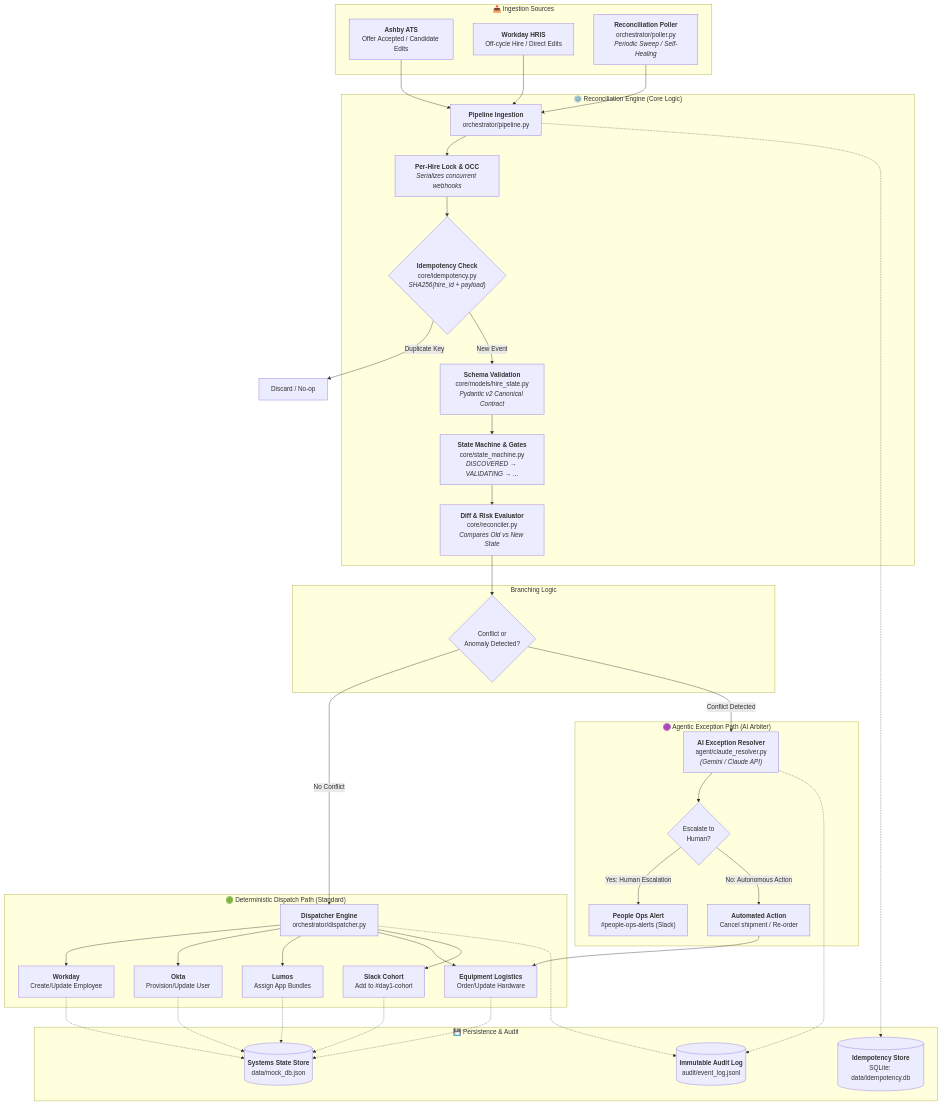
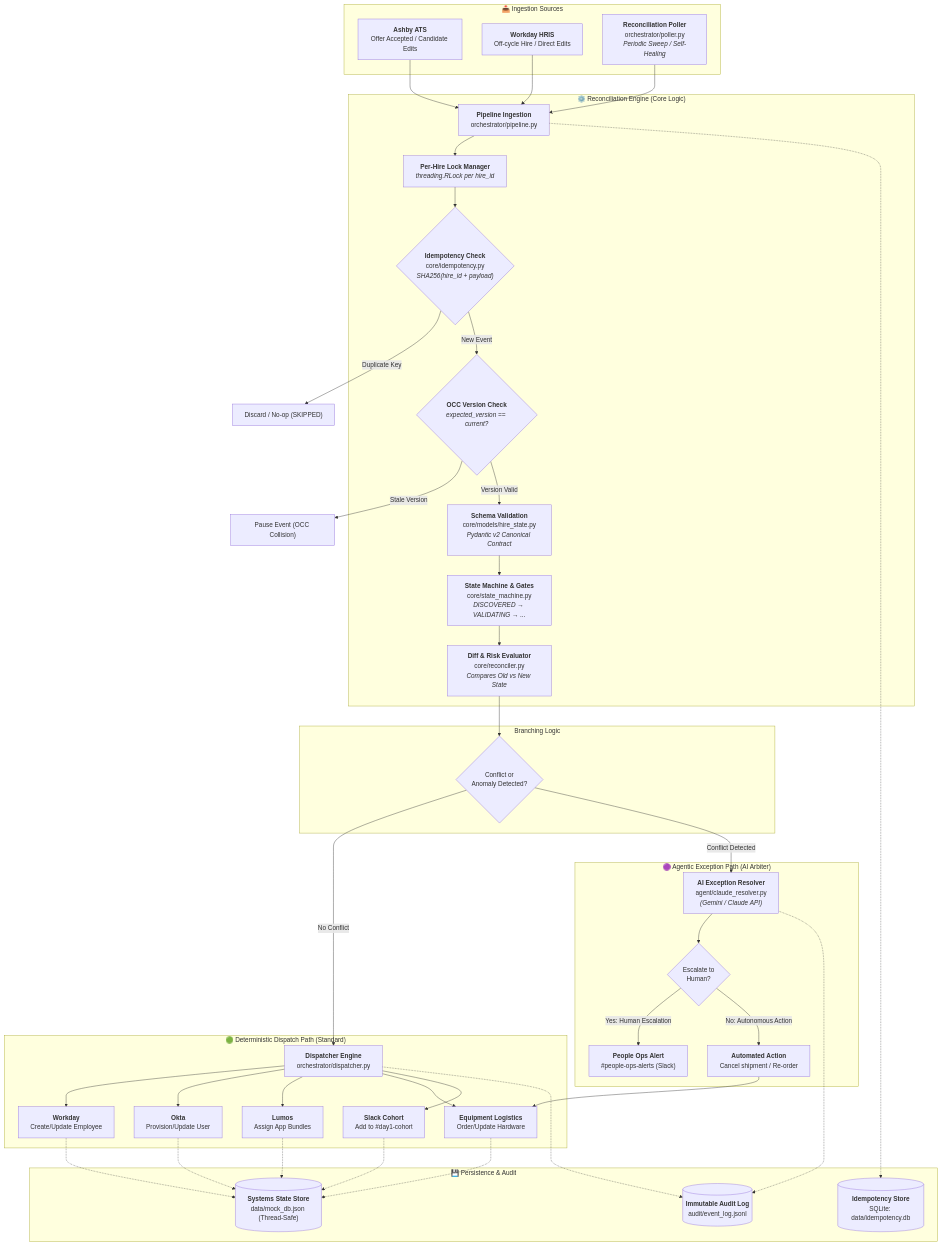
Before and after one commit to arpitb827/BetterUp-Ai-automation: the diagram in README.md, drawn with Mermaid. The commit also changed 1 other file, not shown here.

Commit message:
changes added

````diff
--- a/README.md
+++ b/README.md
@@ -25,67 +25,70 @@
 ```mermaid
 flowchart TD
     subgraph Ingestion["📥 Ingestion Sources"]
         Ashby["<b>Ashby ATS</b><br/>Offer Accepted / Candidate Edits"]
         WorkdaySrc["<b>Workday HRIS</b><br/>Off-cycle Hire / Direct Edits"]
         Poller["<b>Reconciliation Poller</b><br/>orchestrator/poller.py<br/><i>Periodic Sweep / Self-Healing</i>"]
     end
 
     subgraph Core["⚙️ Reconciliation Engine (Core Logic)"]
         Ingest["<b>Pipeline Ingestion</b><br/>orchestrator/pipeline.py"]
-        LockMgr["<b>Per-Hire Lock & OCC</b><br/><i>Serializes concurrent webhooks</i>"]
+        LockMgr["<b>Per-Hire Lock Manager</b><br/><i>threading.RLock per hire_id</i>"]
         IdemCheck{"<b>Idempotency Check</b><br/>core/idempotency.py<br/><i>SHA256(hire_id + payload)</i>"}
+        OCCCheck{"<b>OCC Version Check</b><br/><i>expected_version == current?</i>"}
         SchemaVal["<b>Schema Validation</b><br/>core/models/hire_state.py<br/><i>Pydantic v2 Canonical Contract</i>"]
         Reconciler["<b>Diff & Risk Evaluator</b><br/>core/reconciler.py<br/><i>Compares Old vs New State</i>"]
         StateMachine["<b>State Machine & Gates</b><br/>core/state_machine.py<br/><i>DISCOVERED → VALIDATING → ...</i>"]
     end
 
     subgraph Decision["Branching Logic"]
         DiffCheck{"Conflict or<br/>Anomaly Detected?"}
     end
 
     subgraph DeterministicPath["🟢 Deterministic Dispatch Path (Standard)"]
         Dispatcher["<b>Dispatcher Engine</b><br/>orchestrator/dispatcher.py"]
         WD["<b>Workday</b><br/>Create/Update Employee"]
         OK["<b>Okta</b><br/>Provision/Update User"]
         LU["<b>Lumos</b><br/>Assign App Bundles"]
         EQ["<b>Equipment Logistics</b><br/>Order/Update Hardware"]
         SL["<b>Slack Cohort</b><br/>Add to #day1-cohort"]
     end
 
     subgraph AgenticPath["🟣 Agentic Exception Path (AI Arbiter)"]
         Gemini["<b>AI Exception Resolver</b><br/>agent/claude_resolver.py<br/><i>(Gemini / Claude API)</i>"]
         DecisionAction{"Escalate to<br/>Human?"}
         PeopleOpsAlert["<b>People Ops Alert</b><br/>#people-ops-alerts (Slack)"]
         AutoAction["<b>Automated Action</b><br/>Cancel shipment / Re-order"]
     end
 
     subgraph Storage["💾 Persistence & Audit"]
         AuditLog[("<b>Immutable Audit Log</b><br/>audit/event_log.jsonl")]
         IdemDB[("<b>Idempotency Store</b><br/>SQLite: data/idempotency.db")]
-        MockDB[("<b>Systems State Store</b><br/>data/mock_db.json")]
+        MockDB[("<b>Systems State Store</b><br/>data/mock_db.json (Thread-Safe)")]
     end
 
     %% Wiring
     Ashby & WorkdaySrc & Poller --> Ingest
     Ingest --> LockMgr
     LockMgr --> IdemCheck
-    IdemCheck -->|Duplicate Key| SkipLog["Discard / No-op"]
-    IdemCheck -->|New Event| SchemaVal
+    IdemCheck -->|Duplicate Key| SkipLog["Discard / No-op (SKIPPED)"]
+    IdemCheck -->|New Event| OCCCheck
+    OCCCheck -->|Stale Version| OCCPause["Pause Event (OCC Collision)"]
+    OCCCheck -->|Version Valid| SchemaVal
     SchemaVal --> StateMachine
     StateMachine --> Reconciler
     Reconciler --> DiffCheck
 
     DiffCheck -->|No Conflict| Dispatcher
     DiffCheck -->|Conflict Detected| Gemini
 
     Dispatcher --> WD & OK & LU & EQ & SL
     Gemini --> DecisionAction
     DecisionAction -->|Yes: Human Escalation| PeopleOpsAlert
     DecisionAction -->|No: Autonomous Action| AutoAction
     AutoAction --> EQ
 
     Dispatcher -.-> AuditLog
     Gemini -.-> AuditLog
     Ingest -.-> IdemDB
     WD & OK & LU & EQ & SL -.-> MockDB
 ```
````
